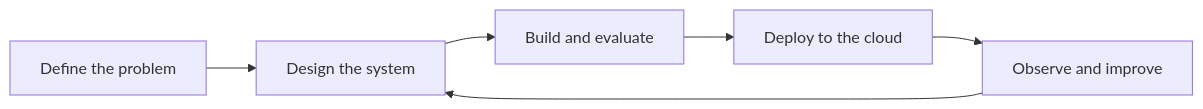
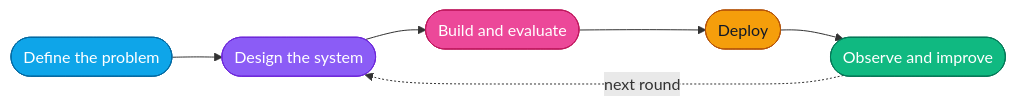
Before and after one commit to HarshilMaks/.github: the diagram in profile/README.md, drawn with Mermaid. The commit also changed other lines of this file and 2 other files, not shown here.

````diff
--- a/profile/README.md
+++ b/profile/README.md
@@ -70,8 +61,15 @@
 ```mermaid
 flowchart LR
-    A[Define the problem] --> B[Design the system]
-    B --> C[Build and evaluate]
-    C --> D[Deploy to the cloud]
-    D --> E[Observe and improve]
-    E --> B
+    A(["Define the problem"]) --> B(["Design the system"]) --> C(["Build and evaluate"]) --> D(["Deploy"]) --> E(["Observe and improve"])
+    E -.->|"next round"| B
+    classDef c1 fill:#0ea5e9,stroke:#0369a1,color:#ffffff
+    classDef c2 fill:#8b5cf6,stroke:#6d28d9,color:#ffffff
+    classDef c3 fill:#ec4899,stroke:#be185d,color:#ffffff
+    classDef c4 fill:#f59e0b,stroke:#b45309,color:#111827
+    classDef c5 fill:#10b981,stroke:#047857,color:#ffffff
+    class A c1
+    class B c2
+    class C c3
+    class D c4
+    class E c5
 ```
````
